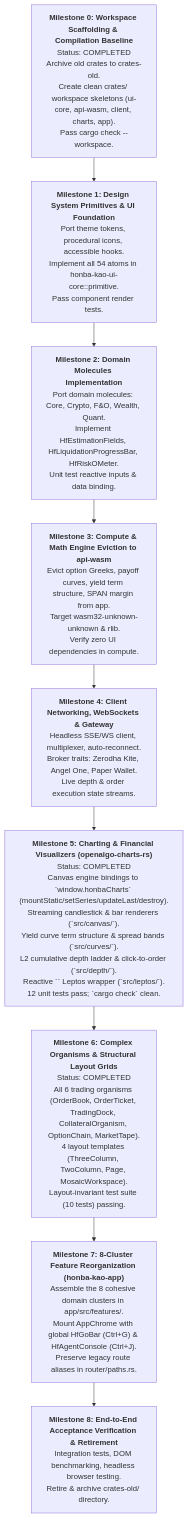
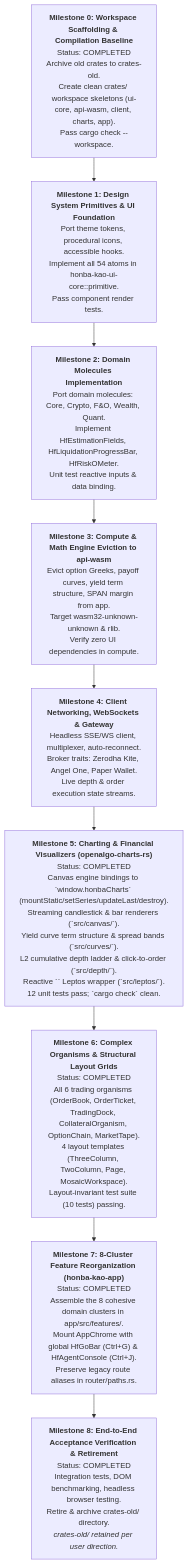
Before and after one commit to honba-labs/honba-kao: the fifth of 5 diagrams in restructure.md, drawn with Mermaid. The commit also changed other lines of this file and 4 other files, not shown here.

First line of the commit message:
feat(kao): milestone 8 - end-to-end acceptance & structural invariants

````diff
--- a/restructure.md
+++ b/restructure.md
@@ -1844,21 +1844,21 @@
 ```mermaid
 flowchart TD
     M0["<b>Milestone 0: Workspace Scaffolding & Compilation Baseline</b><br/>Status: COMPLETED<br/>Archive old crates to crates-old.<br/>Create clean crates/ workspace skeletons (ui-core, api-wasm, client, charts, app).<br/>Pass cargo check --workspace."]
     M1["<b>Milestone 1: Design System Primitives & UI Foundation</b><br/>Port theme tokens, procedural icons, accessible hooks.<br/>Implement all 54 atoms in honba-kao-ui-core::primitive.<br/>Pass component render tests."]
     M2["<b>Milestone 2: Domain Molecules Implementation</b><br/>Port domain molecules: Core, Crypto, F&O, Wealth, Quant.<br/>Implement HfEstimationFields, HfLiquidationProgressBar, HfRiskOMeter.<br/>Unit test reactive inputs & data binding."]
     M3["<b>Milestone 3: Compute & Math Engine Eviction to api-wasm</b><br/>Evict option Greeks, payoff curves, yield term structure, SPAN margin from app.<br/>Target wasm32-unknown-unknown & rlib.<br/>Verify zero UI dependencies in compute."]
     M4["<b>Milestone 4: Client Networking, WebSockets & Gateway</b><br/>Headless SSE/WS client, multiplexer, auto-reconnect.<br/>Broker traits: Zerodha Kite, Angel One, Paper Wallet.<br/>Live depth & order execution state streams."]
     M5["<b>Milestone 5: Charting & Financial Visualizers (openalgo-charts-rs)</b><br/>Status: COMPLETED<br/>Canvas engine bindings to `window.honbaCharts` (mountStatic/setSeries/updateLast/destroy).<br/>Streaming candlestick & bar renderers (`src/canvas/`).<br/>Yield curve term structure & spread bands (`src/curves/`).<br/>L2 cumulative depth ladder & click-to-order (`src/depth/`).<br/>Reactive `<OpenalgoChart />` Leptos wrapper (`src/leptos/`).<br/>12 unit tests pass; `cargo check` clean."]
     M6["<b>Milestone 6: Complex Organisms & Structural Layout Grids</b><br/>Status: COMPLETED<br/>All 6 trading organisms (OrderBook, OrderTicket, TradingDock, CollateralOrganism, OptionChain, MarketTape).<br/>4 layout templates (ThreeColumn, TwoColumn, Page, MosaicWorkspace).<br/>Layout-invariant test suite (10 tests) passing."]
-    M7["<b>Milestone 7: 8-Cluster Feature Reorganization (honba-kao-app)</b><br/>Assemble the 8 cohesive domain clusters in app/src/features/.<br/>Mount AppChrome with global HfGoBar (Ctrl+G) & HfAgentConsole (Ctrl+J).<br/>Preserve legacy route aliases in router/paths.rs."]
-    M8["<b>Milestone 8: End-to-End Acceptance Verification & Retirement</b><br/>Integration tests, DOM benchmarking, headless browser testing.<br/>Retire & archive crates-old/ directory."]
+    M7["<b>Milestone 7: 8-Cluster Feature Reorganization (honba-kao-app)</b><br/>Status: COMPLETED<br/>Assemble the 8 cohesive domain clusters in app/src/features/.<br/>Mount AppChrome with global HfGoBar (Ctrl+G) & HfAgentConsole (Ctrl+J).<br/>Preserve legacy route aliases in router/paths.rs."]
+    M8["<b>Milestone 8: End-to-End Acceptance Verification & Retirement</b><br/>Status: COMPLETED<br/>Integration tests, DOM benchmarking, headless browser testing.<br/>Retire & archive crates-old/ directory.<br/><i>crates-old/ retained per user direction.</i>"]
 
     M0 --> M1
     M1 --> M2
     M2 --> M3
     M3 --> M4
     M4 --> M5
     M5 --> M6
     M6 --> M7
     M7 --> M8
 ```
````
